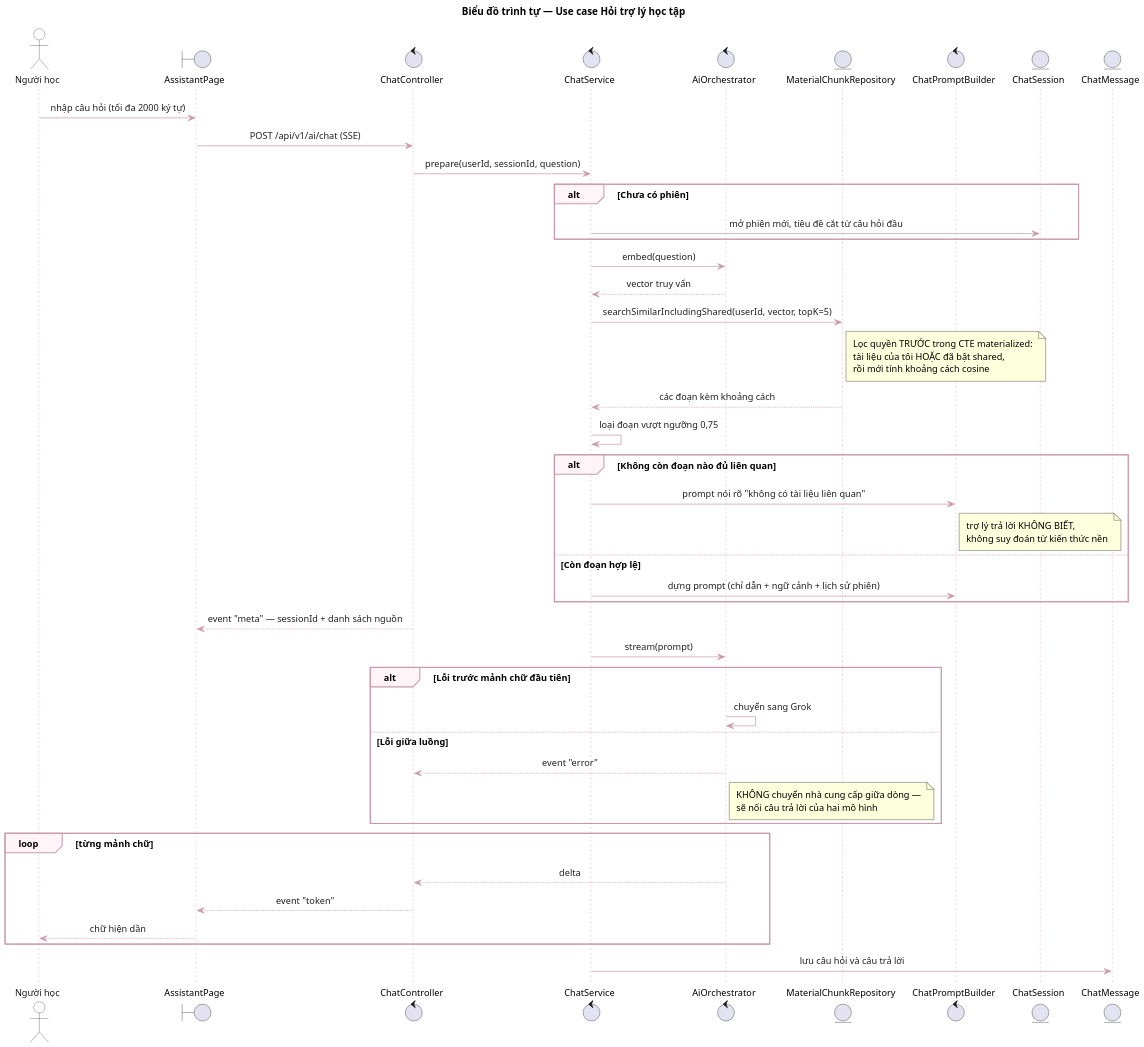
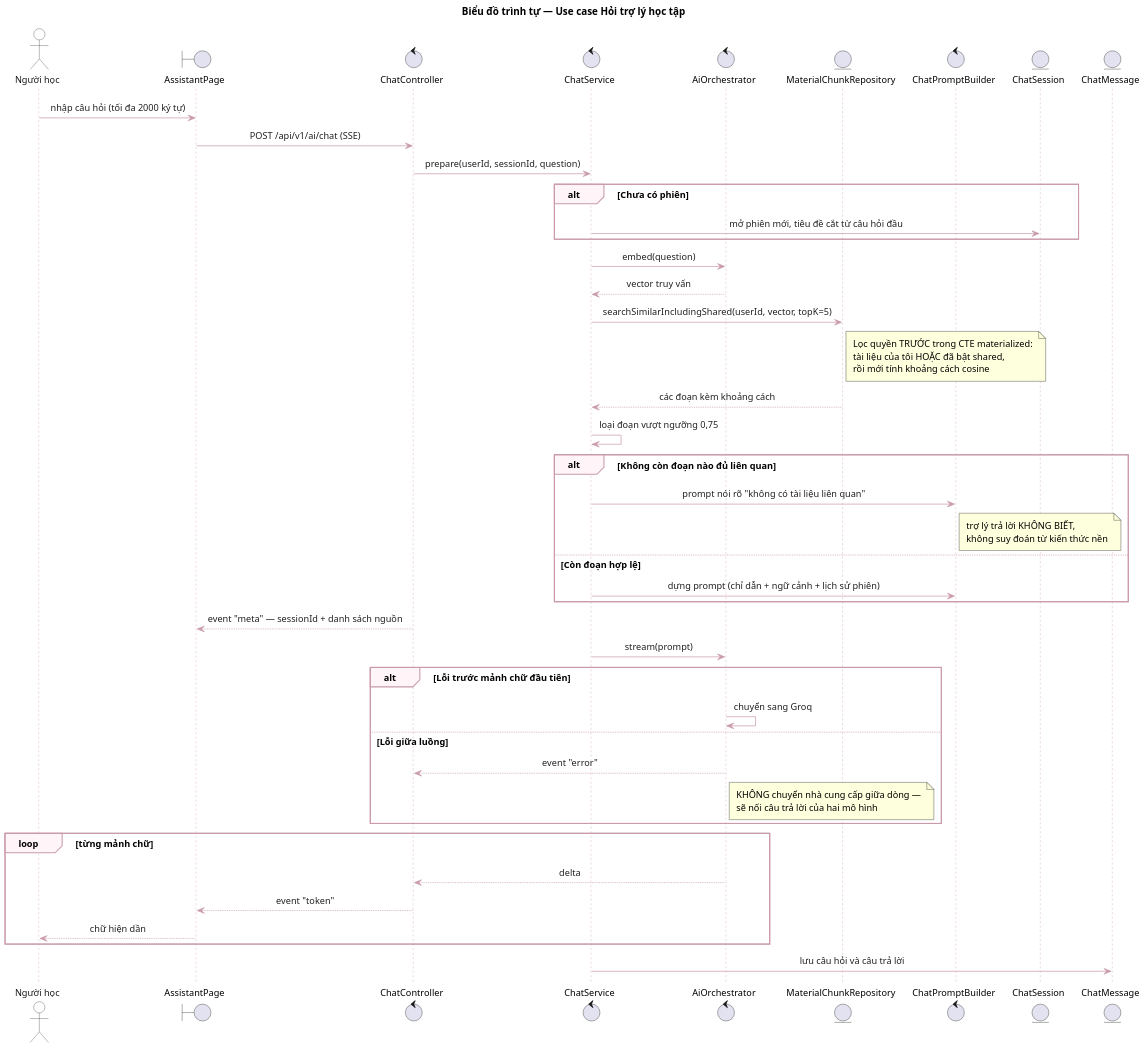
One commit to NguyenDuc2004/QUIZ-TRIVIA changed the diagram in bao-cao-datn/build/diagrams/hinh-2.24.puml. Above: the diagram before and after it, drawn with PlantUML. The commit also changed 19 other files, not shown here.

```diff
--- a/bao-cao-datn/build/diagrams/hinh-2.24.puml
+++ b/bao-cao-datn/build/diagrams/hinh-2.24.puml
@@ -1,119 +1,119 @@
 @startuml
 
 skinparam dpi 150
 skinparam defaultFontName "Times New Roman"
 skinparam defaultFontSize 13
 skinparam shadowing false
 skinparam roundCorner 0
 skinparam ArrowColor #C99AAB
 skinparam ArrowFontColor #202020
 skinparam Padding 4
 skinparam ParticipantPadding 18
 skinparam BoxPadding 8
 skinparam SequenceMessageAlign center
 skinparam guillemet false
 
 skinparam usecase {
   BackgroundColor #FFFADC
   BorderColor #C99AAB
   FontColor #1a1a1a
 }
 skinparam actor {
   BackgroundColor #FFFFFF
   BorderColor #404040
   FontColor #1a1a1a
 }
 skinparam rectangle {
   BackgroundColor #FAFAFA
   BorderColor #808080
 }
 
 skinparam sequence {
   ArrowColor #C99AAB
   ArrowThickness 1
   LifeLineBorderColor #C99AAB
   LifeLineBackgroundColor #FFFFFF
   ParticipantBackgroundColor #FFFADC
   ParticipantBorderColor #C99AAB
   ParticipantFontColor #1a1a1a
   ParticipantFontSize 12
   ActorBackgroundColor #FFFFFF
   ActorBorderColor #404040
   GroupBorderColor #C99AAB
   GroupBackgroundColor #FFF5F8
   BoxBorderColor #C99AAB
 }
 
 skinparam class {
   BackgroundColor #FFFADC
   BorderColor #C99AAB
   HeaderBackgroundColor #FFEFC4
   AttributeFontColor #1a1a1a
   FontColor #1a1a1a
   ArrowColor #C99AAB
   AttributeFontSize 12
   FontSize 13
 }
 skinparam stereotype {
   CBackgroundColor #FFF1A8
   CBorderColor #C99AAB
   EBackgroundColor #FFF1A8
   EBorderColor #C99AAB
   ABackgroundColor #FFF1A8
   ABorderColor #C99AAB
 }
 
 title Biểu đồ trình tự — Use case Hỏi trợ lý học tập
 
 actor "Người học" as L
 boundary "AssistantPage" as B
 control "ChatController" as CC
 control "ChatService" as CS
 control "AiOrchestrator" as ORCH
 entity "MaterialChunkRepository" as MCR
 control "ChatPromptBuilder" as PB
 entity "ChatSession" as SES
 entity "ChatMessage" as MSG
 
 L -> B : nhập câu hỏi (tối đa 2000 ký tự)
 B -> CC : POST /api/v1/ai/chat (SSE)
 CC -> CS : prepare(userId, sessionId, question)
 alt Chưa có phiên
   CS -> SES : mở phiên mới, tiêu đề cắt từ câu hỏi đầu
 end
 CS -> ORCH : embed(question)
 ORCH --> CS : vector truy vấn
 CS -> MCR : searchSimilarIncludingShared(userId, vector, topK=5)
 note right of MCR
   Lọc quyền TRƯỚC trong CTE materialized:
   tài liệu của tôi HOẶC đã bật shared,
   rồi mới tính khoảng cách cosine
 end note
 MCR --> CS : các đoạn kèm khoảng cách
 CS -> CS : loại đoạn vượt ngưỡng 0,75
 
 alt Không còn đoạn nào đủ liên quan
   CS -> PB : prompt nói rõ "không có tài liệu liên quan"
   note right of PB : trợ lý trả lời KHÔNG BIẾT,\nkhông suy đoán từ kiến thức nền
 else Còn đoạn hợp lệ
   CS -> PB : dựng prompt (chỉ dẫn + ngữ cảnh + lịch sử phiên)
 end
 
 CC --> B : event "meta" — sessionId + danh sách nguồn
 CS -> ORCH : stream(prompt)
 alt Lỗi trước mảnh chữ đầu tiên
-  ORCH -> ORCH : chuyển sang Grok
+  ORCH -> ORCH : chuyển sang Groq
 else Lỗi giữa luồng
   ORCH --> CC : event "error"
   note right of ORCH
     KHÔNG chuyển nhà cung cấp giữa dòng —
     sẽ nối câu trả lời của hai mô hình
   end note
 end
 loop từng mảnh chữ
   ORCH --> CC : delta
   CC --> B : event "token"
   B --> L : chữ hiện dần
 end
 CS -> MSG : lưu câu hỏi và câu trả lời
 @enduml
```
